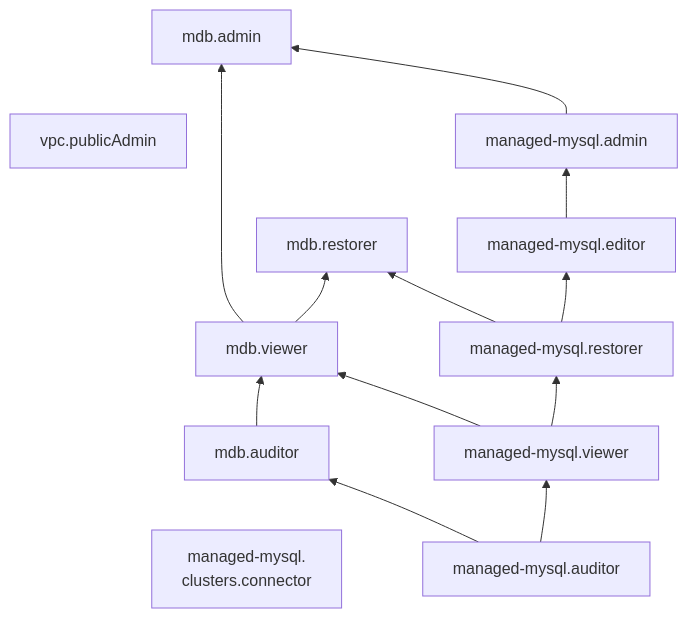
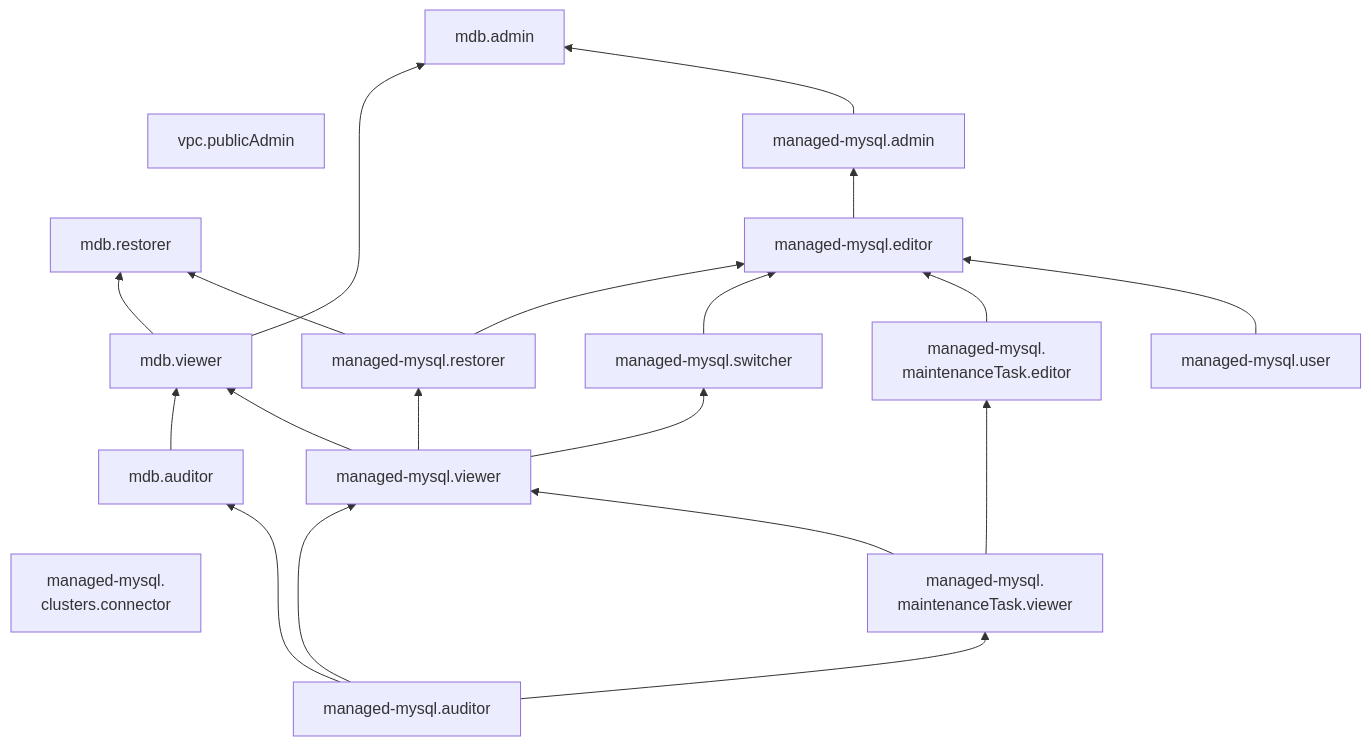
One commit to yandex-cloud/docs changed the diagram in en/_mermaid/roles/managed-mysql.md. Above: the diagram before and after it, drawn with Mermaid. The commit also changed 584 other files, not shown here.

````diff
--- a/en/_mermaid/roles/managed-mysql.md
+++ b/en/_mermaid/roles/managed-mysql.md
@@ -1,17 +1,26 @@
 ```mermaid
 flowchart BT
     managed-mysql.clusters.connector["`managed-mysql.
-    clusters.connector`"] ~~~ mdb.auditor 
-    vpc.publicAdmin ~~~ mdb.admin   
-    mdb.viewer --> mdb.admin    
+    clusters.connector`"] ~~~ mdb.auditor
+    vpc.publicAdmin ~~~ mdb.admin
+    mdb.viewer --> mdb.admin
     mdb.auditor --> mdb.viewer
     mdb.viewer --> mdb.restorer
     managed-mysql.auditor --> mdb.auditor
     managed-mysql.viewer --> mdb.viewer
     managed-mysql.restorer --> mdb.restorer
     managed-mysql.admin --> mdb.admin
     managed-mysql.auditor --> managed-mysql.viewer
+    managed-mysql.restorer --> managed-mysql.editor
     managed-mysql.viewer --> managed-mysql.restorer
+    managed-mysql.switcher --> managed-mysql.editor
+    managed-mysql.viewer --> managed-mysql.switcher
+    managed-mysql.maintenanceTask.editor --> managed-mysql.editor
+    managed-mysql.maintenanceTask.viewer --> managed-mysql.maintenanceTask.editor["`managed-mysql.
+    maintenanceTask.editor`"]
+    managed-mysql.maintenanceTask.viewer --> managed-mysql.viewer
+    managed-mysql.auditor --> managed-mysql.maintenanceTask.viewer["`managed-mysql.
+    maintenanceTask.viewer`"]
+    managed-mysql.user --> managed-mysql.editor
     managed-mysql.editor --> managed-mysql.admin
-    managed-mysql.restorer --> managed-mysql.editor
 ```
````
